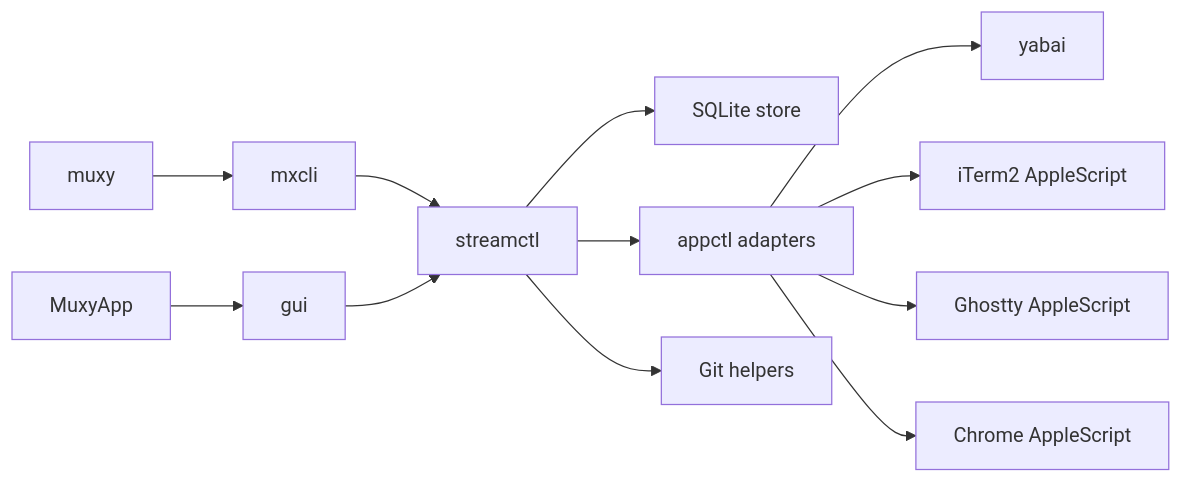
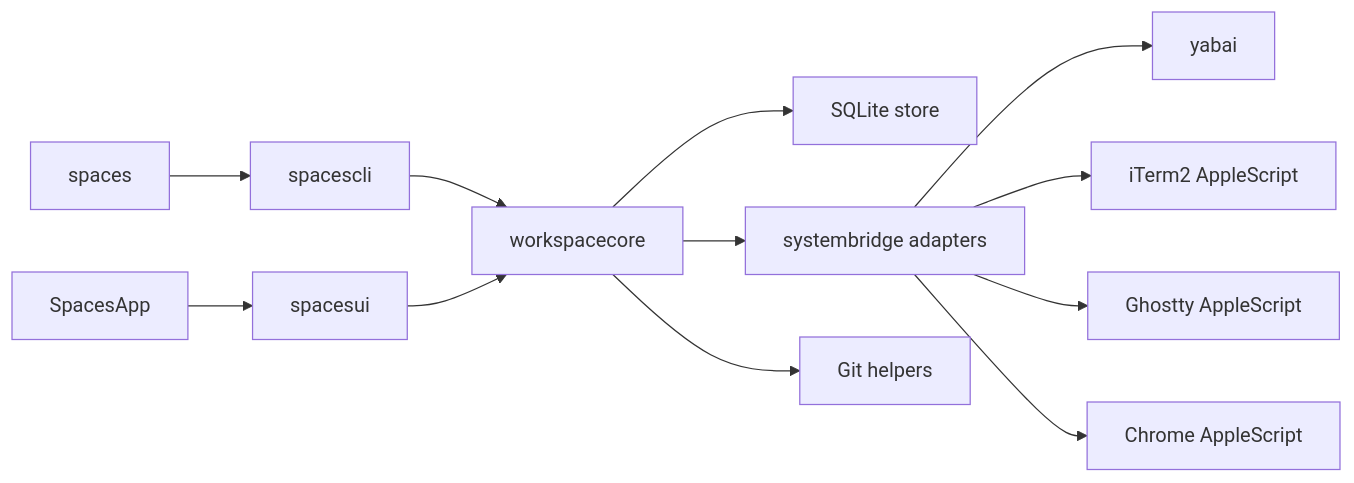
The diagram in apps/macos/docs/architecture.md (yogesh-dhande/spaces), drawn with Mermaid before and after one commit. The commit also changed other lines of this file and 254 other files, not shown here.

Commit message:
rename muxy to spaces

````diff
--- a/apps/macos/docs/architecture.md
+++ b/apps/macos/docs/architecture.md
@@ -17,16 +17,16 @@
 ```mermaid
 flowchart LR
-  cli["muxy"] --> mxcli["mxcli"]
-  mxcli --> stream["streamctl"]
-  app["MuxyApp"] --> gui["gui"]
-  gui --> stream
+  cli["spaces"] --> spacescli["spacescli"]
+  spacescli --> stream["workspacecore"]
+  app["SpacesApp"] --> spacesui["spacesui"]
+  spacesui --> stream
 
   stream --> store["SQLite store"]
-  stream --> appctl["appctl adapters"]
+  stream --> systembridge["systembridge adapters"]
   stream --> git["Git helpers"]
 
-  appctl --> yabai["yabai"]
-  appctl --> iterm["iTerm2 AppleScript"]
-  appctl --> ghostty["Ghostty AppleScript"]
-  appctl --> chrome["Chrome AppleScript"]
+  systembridge --> yabai["yabai"]
+  systembridge --> iterm["iTerm2 AppleScript"]
+  systembridge --> ghostty["Ghostty AppleScript"]
+  systembridge --> chrome["Chrome AppleScript"]
 ```
````
